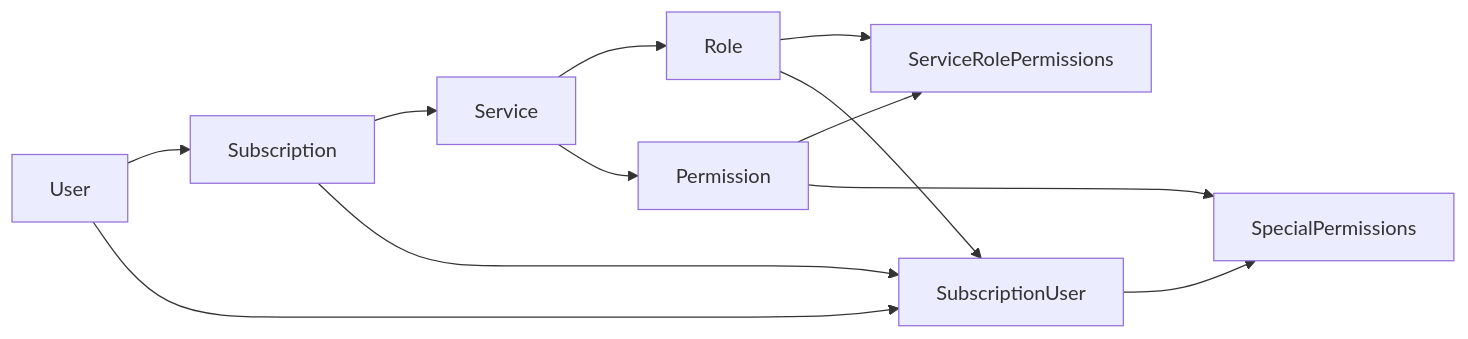
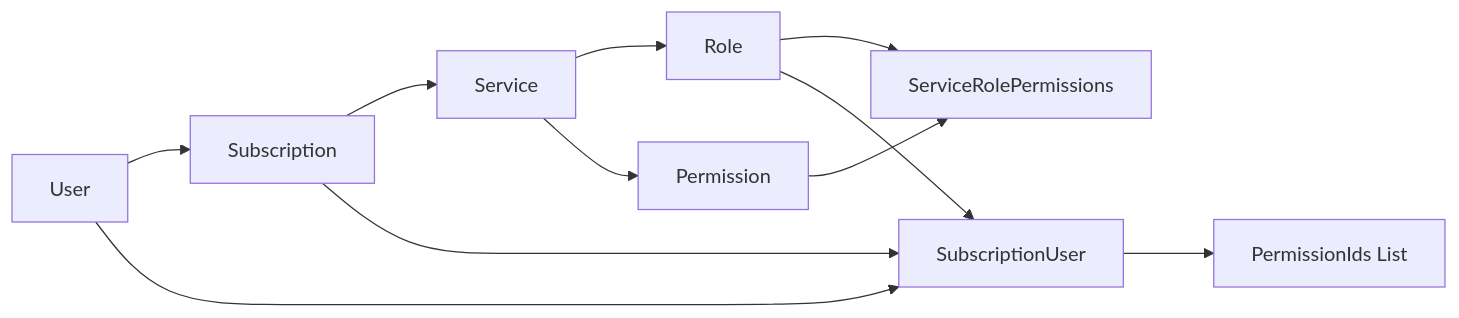
One commit to krishnasPrat/usermanagement changed the first of 2 diagrams in docs/design/schema_design.md. Above: the diagram before and after it, drawn with Mermaid. The commit also changed other lines of this file and 14 other files, not shown here.

````diff
--- a/docs/design/schema_design.md
+++ b/docs/design/schema_design.md
@@ -5,18 +5,17 @@
 ```mermaid
 flowchart LR
   U[User] --> S[Subscription]
   S --> SV[Service]
 
   SV --> R[Role]
   SV --> P[Permission]
 
   R --> SRP[ServiceRolePermissions]
   P --> SRP
 
   S --> SU[SubscriptionUser]
   U --> SU
   R --> SU
 
-  SU --> SP[SpecialPermissions]
-  P --> SP
+  SU --> PL[PermissionIds List]
 ```
````
